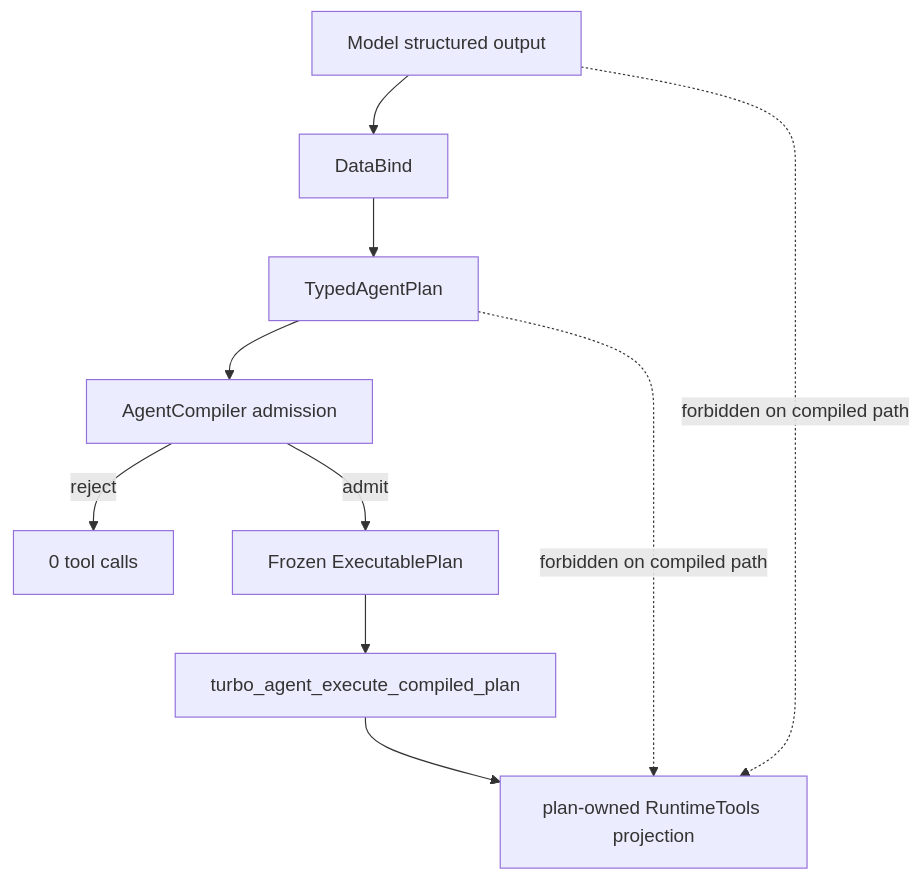
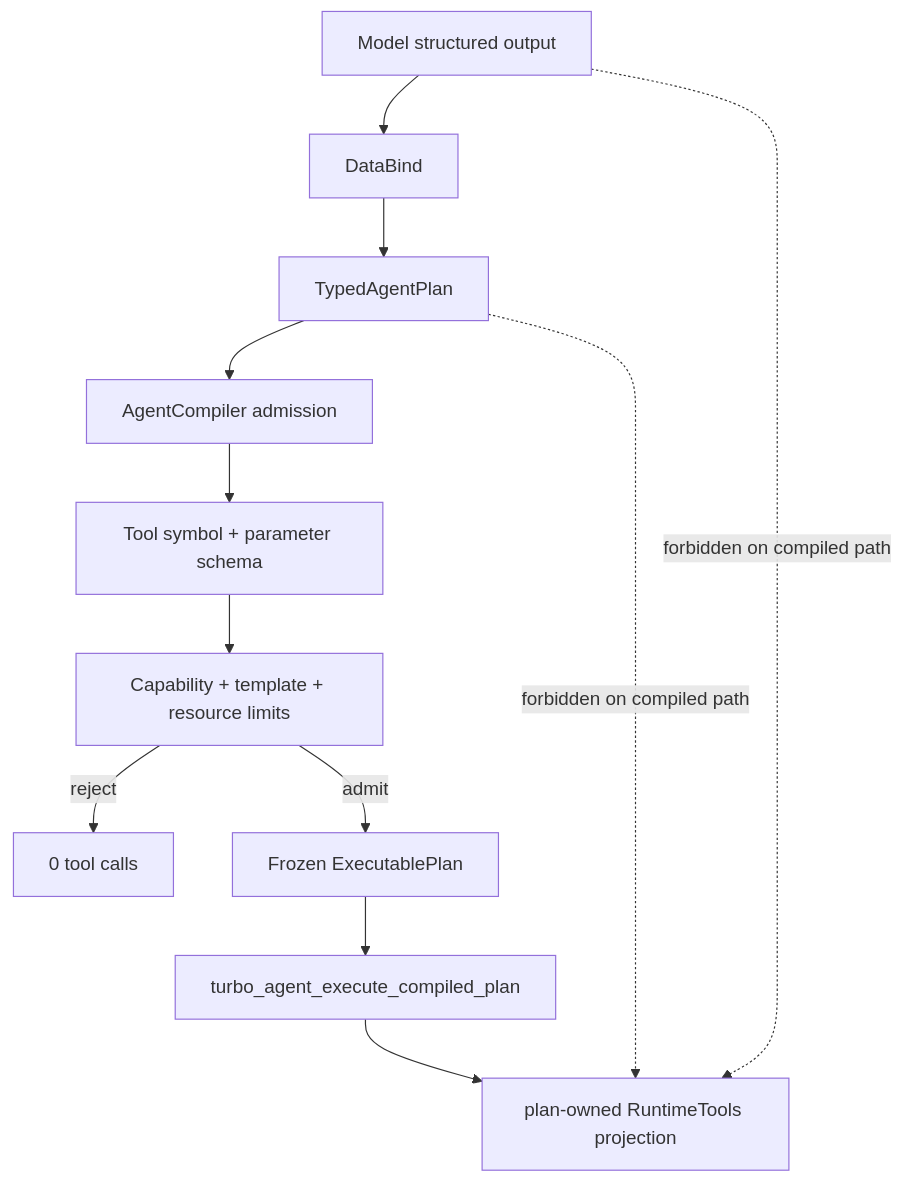
Before and after one commit to qigao/TurboAgent: the diagram in agent_compiler/BOUNDARY.md, drawn with Mermaid. The commit also changed other lines of this file, not shown here.

Commit message:
docs(agent-compiler): include schema and resource admission boundaries

````diff
--- a/agent_compiler/BOUNDARY.md
+++ b/agent_compiler/BOUNDARY.md
@@ -12,13 +12,15 @@
 ```mermaid
 flowchart TD
     M[Model structured output] --> D[DataBind]
     D --> T[TypedAgentPlan]
     T --> C[AgentCompiler admission]
-    C -->|reject| Z[0 tool calls]
-    C -->|admit| P[Frozen ExecutablePlan]
+    C --> S[Tool symbol + parameter schema]
+    S --> P0[Capability + template + resource limits]
+    P0 -->|reject| Z[0 tool calls]
+    P0 -->|admit| P[Frozen ExecutablePlan]
     P --> E[turbo_agent_execute_compiled_plan]
     E --> R[plan-owned RuntimeTools projection]
 
     M -. forbidden on compiled path .-> R
     T -. forbidden on compiled path .-> R
 ```
````
